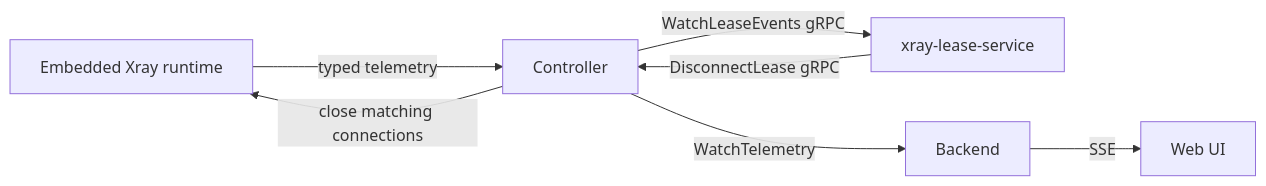
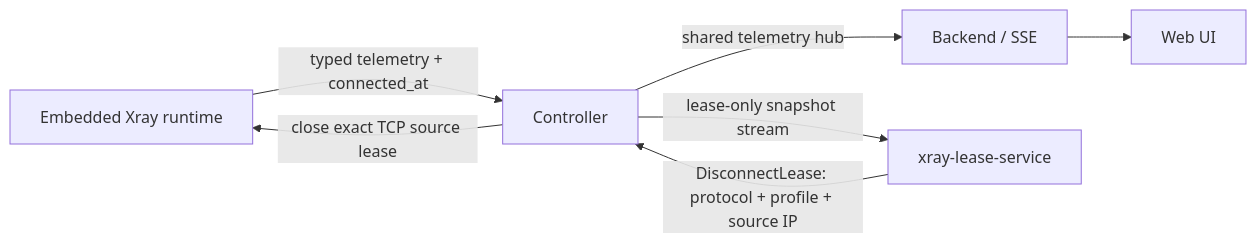
One commit to dasshit/xray-easy changed the diagram in docs/xray-lease-service-plan.md. Above: the diagram before and after it, drawn with Mermaid. The commit also changed other lines of this file and 60 other files, not shown here.

Commit message:
feat: add optional Xray lease enforcement

````diff
--- a/docs/xray-lease-service-plan.md
+++ b/docs/xray-lease-service-plan.md
@@ -114,16 +60,9 @@
 ```mermaid
 flowchart LR
-    XRAY["Embedded Xray runtime"]
-    CTRL["Controller"]
-    LEASE["xray-lease-service"]
-    BACKEND["Backend"]
-    UI["Web UI"]
-
-    XRAY -->|"typed telemetry"| CTRL
-    CTRL -->|"WatchLeaseEvents gRPC"| LEASE
-    LEASE -->|"DisconnectLease gRPC"| CTRL
-    CTRL -->|"close matching connections"| XRAY
-
-    CTRL -->|"WatchTelemetry"| BACKEND
-    BACKEND -->|"SSE"| UI
+    R["Embedded Xray runtime"] -->|"typed telemetry + connected_at"| C["Controller"]
+    C -->|"shared telemetry hub"| W["Backend / SSE"]
+    C -->|"lease-only snapshot stream"| L["xray-lease-service"]
+    L -->|"DisconnectLease: protocol + profile + source IP"| C
+    C -->|"close exact TCP source lease"| R
+    W --> UI["Web UI"]
 ```
````
